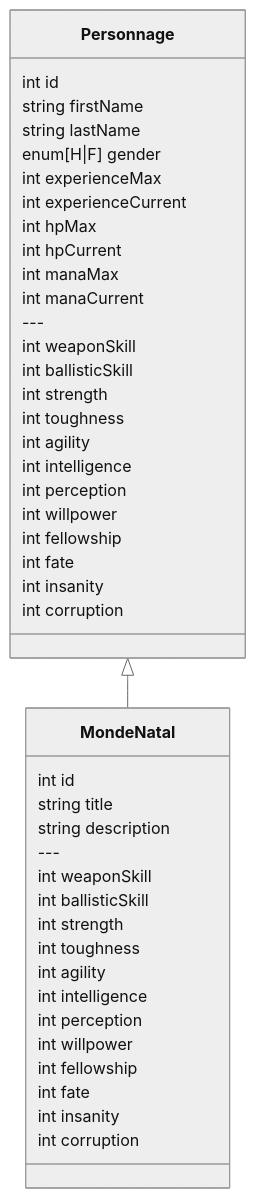
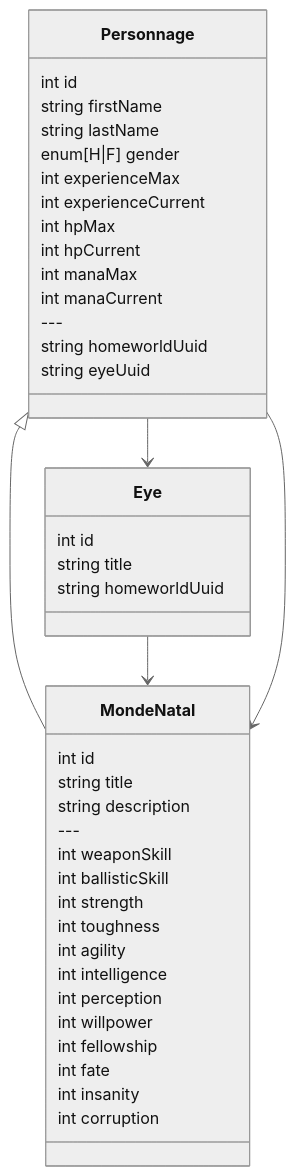
The diagram in architecture.md (angelshurikan/w40k), drawn with Mermaid (neutral theme) before and after one commit. The commit also changed other lines of this file and 4 other files, not shown here.

Commit message:
✨ Mise à jour du modèle de données et ajout de la feuille d'item pour le type 'mondeNatal'

`````diff
--- a/architecture.md
+++ b/architecture.md
@@ -13,49 +17,53 @@
 ```mermaid
 classDiagram
+    class Eye {
+      int id
+      string title
+      string homeworldUuid
+    }
+
     class Personnage {
       int id
       string firstName
       string lastName
       enum[H|F] gender
       int experienceMax
       int experienceCurrent
       int hpMax
       int hpCurrent
       int manaMax
       int manaCurrent
       ---
-      int weaponSkill
-      int ballisticSkill
-      int strength
-      int toughness
-      int agility
-      int intelligence
-      int perception
-      int willpower
-      int fellowship
-      int fate
-      int insanity
-      int corruption
+      string homeworldUuid
+      string eyeUuid
     }
+
     class MondeNatal {
       int id
       string title
       string description
       ---
       int weaponSkill
       int ballisticSkill
       int strength
       int toughness
       int agility
       int intelligence
       int perception
       int willpower
       int fellowship
       int fate
       int insanity
       int corruption
     }
 
     %% MondeNatal définit les valeurs de base (copiées) des caractéristiques du Personnage
     Personnage <|-- MondeNatal
-````
+
+    %% Eye référence un MondeNatal
+    Eye --> MondeNatal
+
+    %% Personnage référence un MondeNatal et un Eye (filtré par Eye.homeworldUuid)
+    Personnage --> MondeNatal
+    Personnage --> Eye
+```
`````
